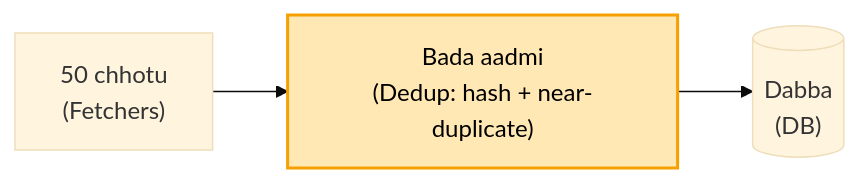
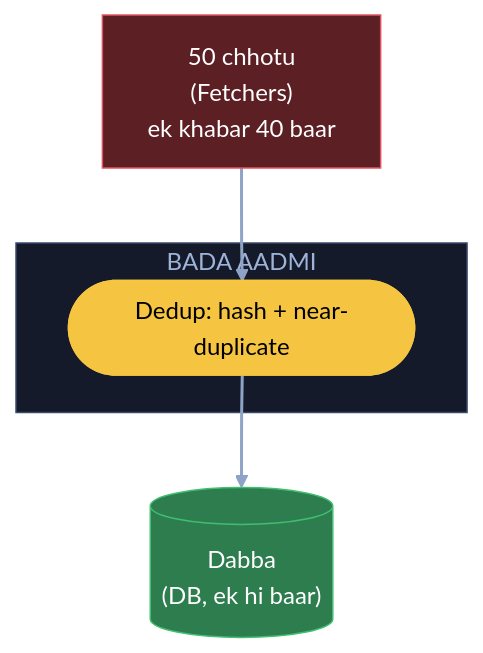
One commit to ArpanMaheshwari144/Prep changed the third of 11 diagrams in 04_HLD/SYSTEM_DESIGNS/08_news_aggregator/08_news_aggregator.md. Above: the diagram before and after it, drawn with Mermaid (base theme). The commit also changed other lines of this file, not shown here.

Commit message:
News: 11 diagram YouTube (reel) wale card andaaz me

````diff
--- a/04_HLD/SYSTEM_DESIGNS/08_news_aggregator/08_news_aggregator.md
+++ b/04_HLD/SYSTEM_DESIGNS/08_news_aggregator/08_news_aggregator.md
@@ -67,6 +90,16 @@
 ```mermaid
-flowchart LR
-    C["50 chhotu<br/>(Fetchers)"] --> B["Bada aadmi<br/>(Dedup: hash + near-duplicate)"]
-    B --> D[("Dabba<br/>(DB)")]
-    style B fill:#ffe8b3,stroke:#f59f00,stroke-width:2px,color:#000
+flowchart TB
+    C["50 chhotu<br/>(Fetchers)<br/>ek khabar 40 baar"]:::bad
+    subgraph BA["BADA AADMI"]
+        B(["Dedup: hash + near-duplicate"]):::pill
+    end
+    D[("Dabba<br/>(DB, ek hi baar)")]:::good
+    C --> B
+    B --> D
+    linkStyle default stroke:#8fa3c7,stroke-width:2px
+    classDef card fill:#1e2638,stroke:#3a4a6b,color:#e8ecf5
+    classDef pill fill:#f5c542,stroke:#f5c542,color:#000
+    classDef good fill:#2e7d4f,stroke:#3fbf6f,color:#fff
+    classDef bad fill:#5c1f24,stroke:#e05561,color:#fff
+    style BA fill:#141a29,stroke:#3a4a6b,color:#9fb3d9
 ```
````
